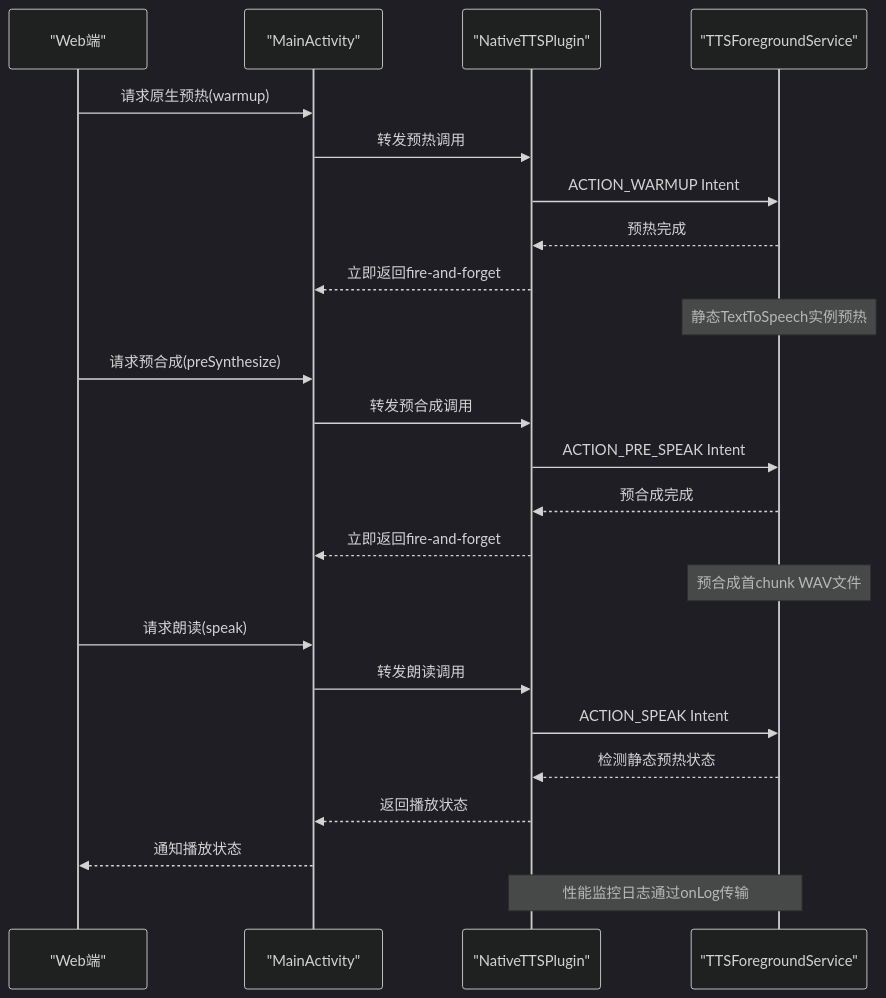
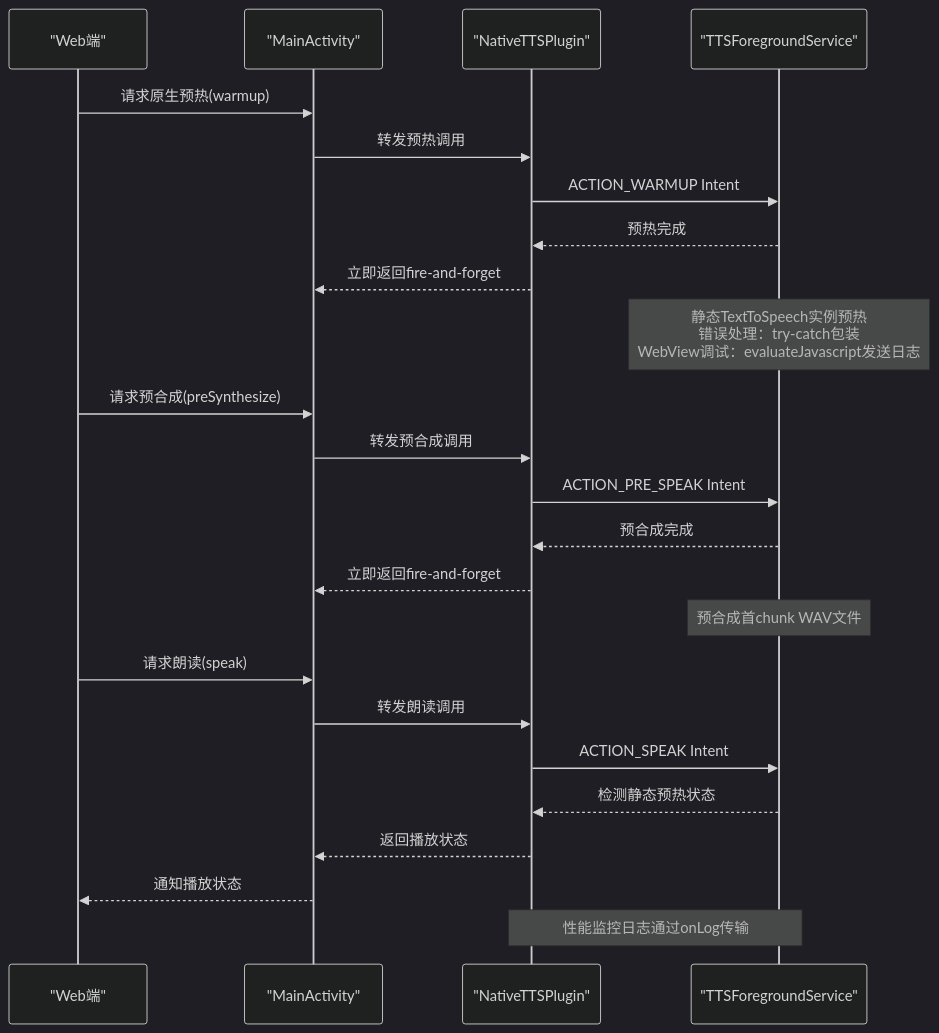
One commit to zhao-zg/cx changed the seventh of 11 diagrams in .qoder/repowiki/zh/content/移动应用开发/移动应用开发.md. Above: the diagram before and after it, drawn with Mermaid (dark theme). The commit also changed other lines of this file and 42 other files, not shown here.

````diff
--- a/.qoder/repowiki/zh/content/移动应用开发/移动应用开发.md
+++ b/.qoder/repowiki/zh/content/移动应用开发/移动应用开发.md
@@ -377,26 +384,26 @@
 ```mermaid
 sequenceDiagram
 participant W as "Web端"
 participant M as "MainActivity"
 participant T as "NativeTTSPlugin"
 participant S as "TTSForegroundService"
 W->>M : 请求原生预热(warmup)
 M->>T : 转发预热调用
 T->>S : ACTION_WARMUP Intent
 S-->>T : 预热完成
 T-->>M : 立即返回fire-and-forget
-Note over S : 静态TextToSpeech实例预热
+Note over S : 静态TextToSpeech实例预热<br/>错误处理：try-catch包装<br/>WebView调试：evaluateJavascript发送日志
 W->>M : 请求预合成(preSynthesize)
 M->>T : 转发预合成调用
 T->>S : ACTION_PRE_SPEAK Intent
 S-->>T : 预合成完成
 T-->>M : 立即返回fire-and-forget
 Note over S : 预合成首chunk WAV文件
 W->>M : 请求朗读(speak)
 M->>T : 转发朗读调用
 T->>S : ACTION_SPEAK Intent
 S-->>T : 检测静态预热状态
 T-->>M : 返回播放状态
 M-->>W : 通知播放状态
 Note over T,S : 性能监控日志通过onLog传输
 ```
````
